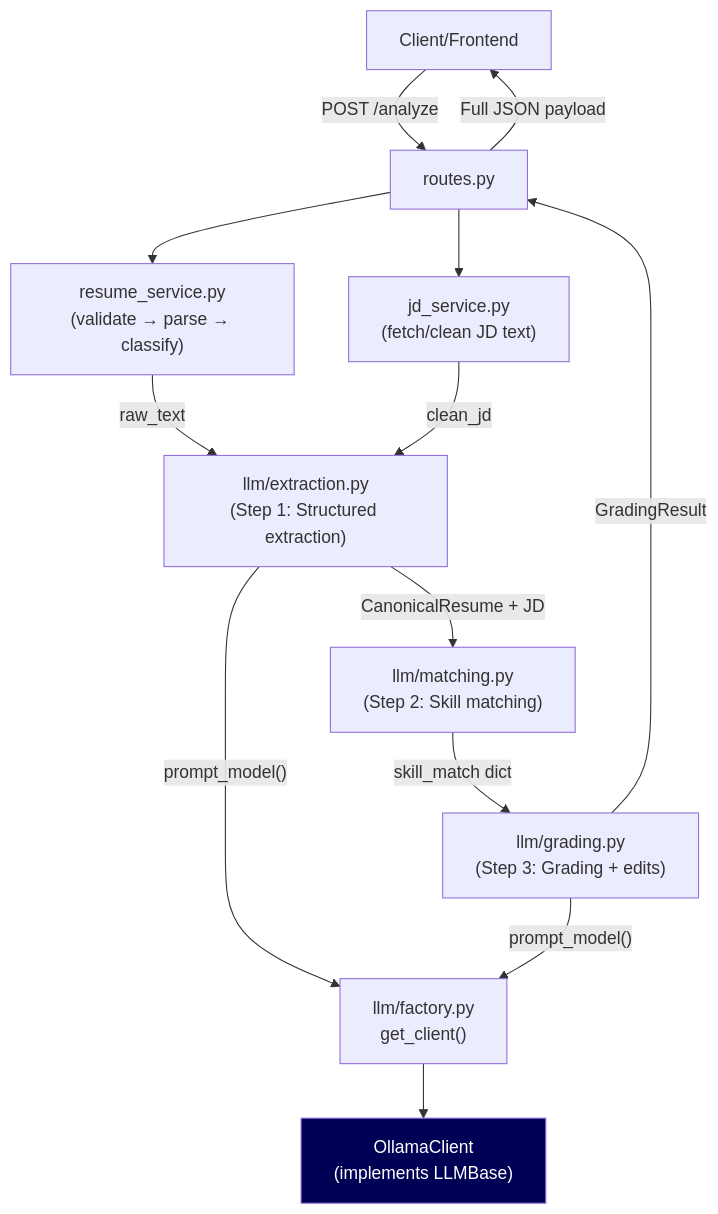
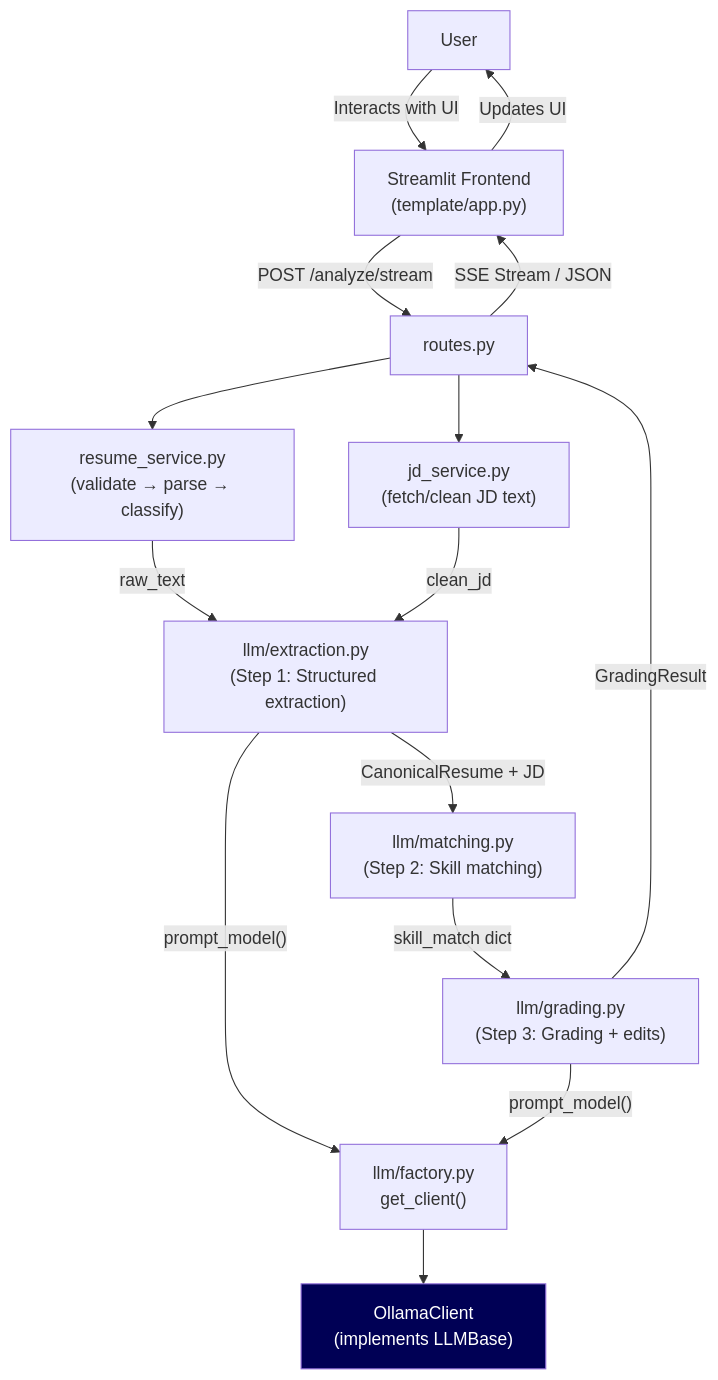
The diagram in ARCHITECTURE.md (boazleleina/resume_agent), drawn with Mermaid before and after one commit. The commit also changed other lines of this file and 5 other files, not shown here.

````diff
--- a/ARCHITECTURE.md
+++ b/ARCHITECTURE.md
@@ -57,22 +63,24 @@
 ```mermaid
 graph TD
-    Client["Client/Frontend"] -->|"POST /analyze"| Routes["routes.py"]
+    User["User"] -->|"Interacts with UI"| Streamlit["Streamlit Frontend\n(template/app.py)"]
+    Streamlit -->|"POST /analyze/stream"| Routes["routes.py"]
 
     Routes --> ResumeService["resume_service.py\n(validate → parse → classify)"]
     Routes --> JDService["jd_service.py\n(fetch/clean JD text)"]
 
     ResumeService -->|"raw_text"| Extraction["llm/extraction.py\n(Step 1: Structured extraction)"]
     JDService -->|"clean_jd"| Extraction
 
     Extraction -->|"CanonicalResume + JD"| Matching["llm/matching.py\n(Step 2: Skill matching)"]
     Matching -->|"skill_match dict"| Grading["llm/grading.py\n(Step 3: Grading + edits)"]
 
     Extraction & Grading -->|"prompt_model()"| Factory["llm/factory.py\nget_client()"]
     Factory --> OllamaClient["OllamaClient\n(implements LLMBase)"]
 
     Grading -->|"GradingResult"| Routes
-    Routes -->|"Full JSON payload"| Client
+    Routes -->|"SSE Stream / JSON"| Streamlit
+    Streamlit -->|"Updates UI"| User
 
     classDef provider fill:#005,color:#fff;
     class OllamaClient provider
 ```
````
